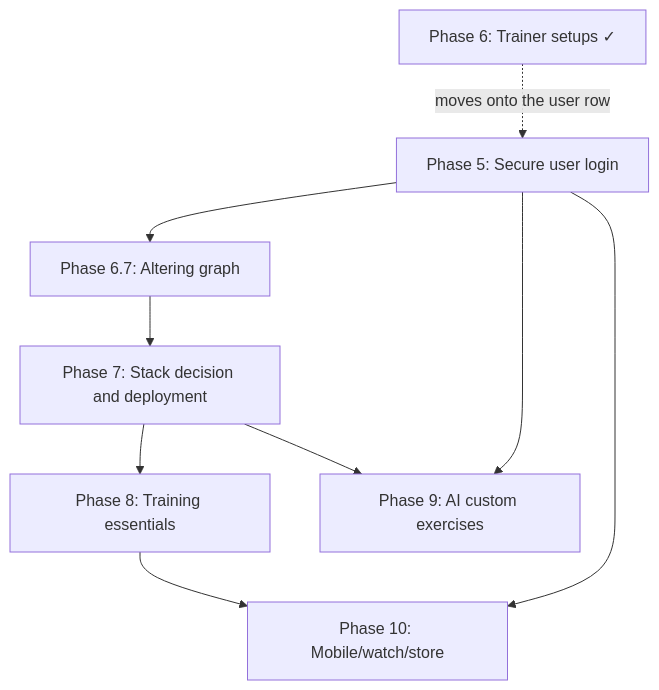
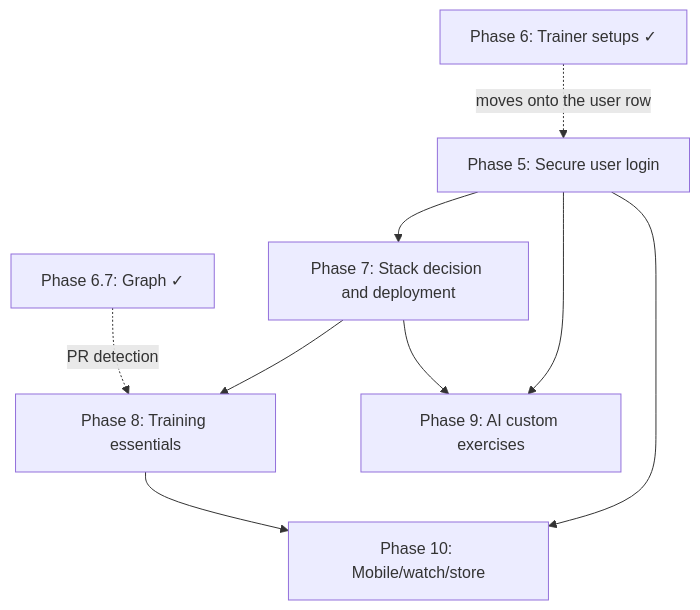
Before and after one commit to justins-li/Body-Shop: the diagram in docs/ROADMAP.md, drawn with Mermaid. The commit also changed other lines of this file and 21 other files, not shown here.

First line of the commit message:
Draw the graph from the first workout, and size it by what you lift

````diff
--- a/docs/ROADMAP.md
+++ b/docs/ROADMAP.md
@@ -117,11 +120,11 @@
 ```mermaid
 graph TD
   P6[Phase 6: Trainer setups ✓] -.moves onto the user row.-> P5[Phase 5: Secure user login]
-  P5 --> P67[Phase 6.7: Altering graph]
-  P67 --> P7[Phase 7: Stack decision and deployment]
+  P67[Phase 6.7: Graph ✓] -.PR detection.-> P8
+  P5 --> P7[Phase 7: Stack decision and deployment]
   P7 --> P8[Phase 8: Training essentials]
   P5 --> P9[Phase 9: AI custom exercises]
   P7 --> P9
   P8 --> P10[Phase 10: Mobile/watch/store]
   P5 --> P10
 ```
````
